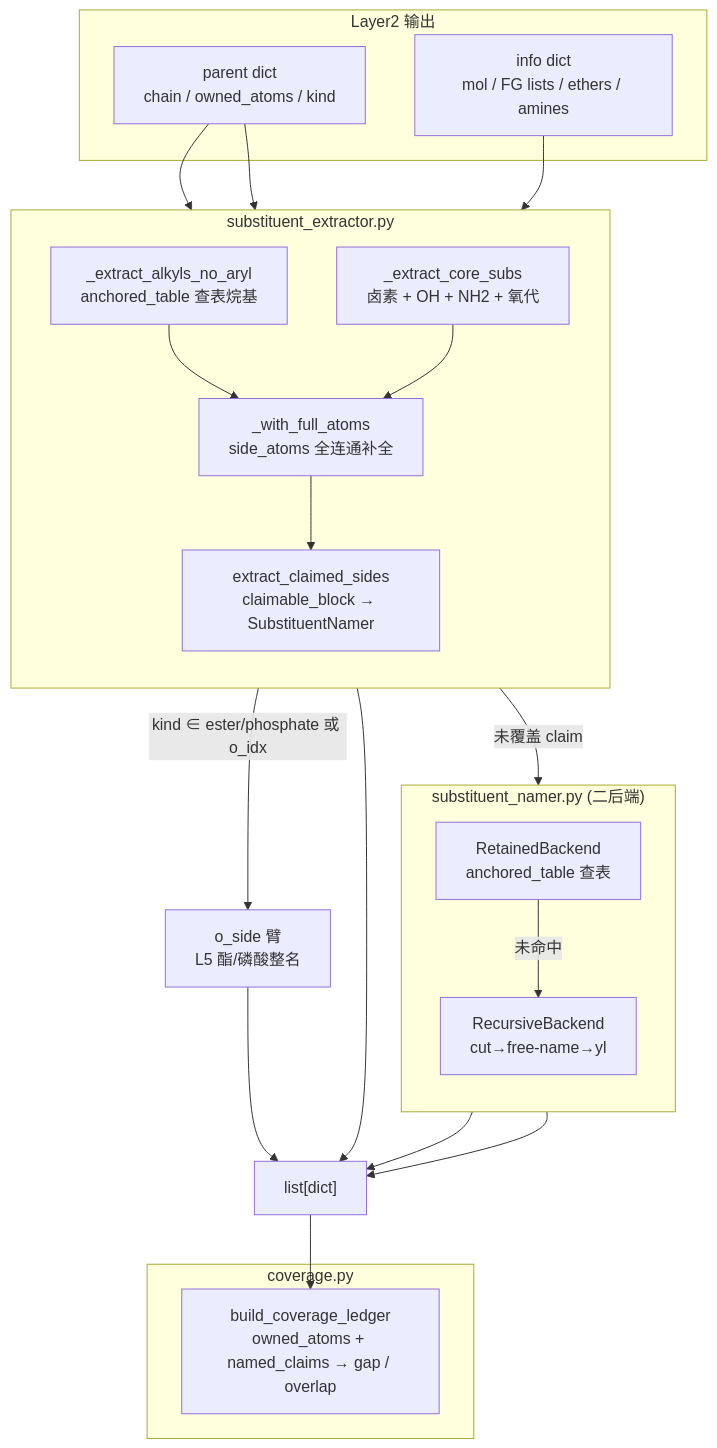
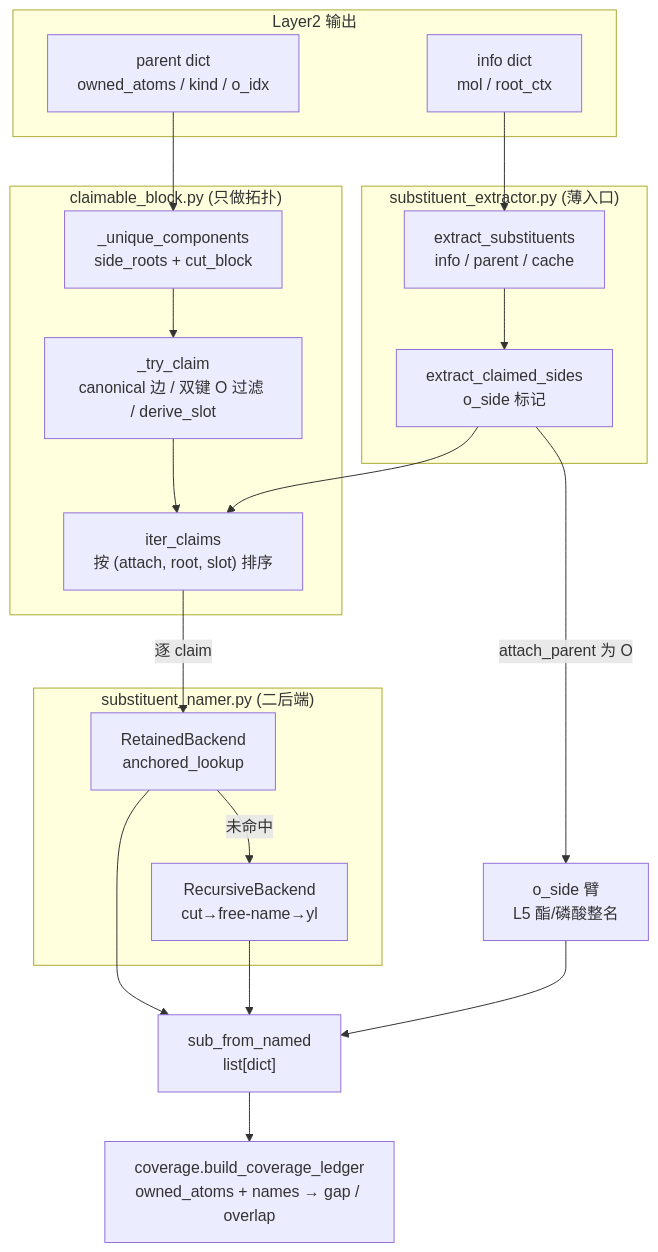
Before and after one commit to zouxiaofei1/OpenSMILES: the first of 2 diagrams in docs/wiki/architecture/layer3-substituents.md, drawn with Mermaid. The commit also changed other lines of this file and 18 other files, not shown here.

````diff
--- a/docs/wiki/architecture/layer3-substituents.md
+++ b/docs/wiki/architecture/layer3-substituents.md
@@ -137,43 +129,39 @@
 ```mermaid
 flowchart TD
     subgraph L2["Layer2 输出"]
-        PARENT["parent dict<br/>chain / owned_atoms / kind"]
-        INFO["info dict<br/>mol / FG lists / ethers / amines"]
+        PARENT["parent dict<br/>owned_atoms / kind / o_idx"]
+        INFO["info dict<br/>mol / root_ctx"]
     end
 
-    subgraph EXTRACT["substituent_extractor.py"]
-        direction TB
-        CORE["_extract_core_subs<br/>卤素 + OH + NH2 + 氧代"]
-        ALKYL["_extract_alkyls_no_aryl<br/>anchored_table 查表烷基"]
-        FULL["_with_full_atoms<br/>side_atoms 全连通补全"]
-        CLAIM["extract_claimed_sides<br/>claimable_block → SubstituentNamer"]
+    subgraph EXTRACT["substituent_extractor.py (薄入口)"]
+        ENTRY["extract_substituents<br/>info / parent / cache"]
+        CLAIMSIDE["extract_claimed_sides<br/>o_side 标记"]
+    end
+
+    subgraph BLOCK["claimable_block.py (只做拓扑)"]
+        COMP["_unique_components<br/>side_roots + cut_block"]
+        TRY["_try_claim<br/>canonical 边 / 双键 O 过滤 / derive_slot"]
+        ITER["iter_claims<br/>按 (attach, root, slot) 排序"]
     end
 
     subgraph NAMER["substituent_namer.py (二后端)"]
-        direction TB
-        RETAINED["RetainedBackend<br/>anchored_table 查表"]
+        RETAINED["RetainedBackend<br/>anchored_lookup"]
         RECURSE["RecursiveBackend<br/>cut→free-name→yl"]
     end
 
-    subgraph LEDGER["coverage.py"]
-        BUILD["build_coverage_ledger<br/>owned_atoms + named_claims → gap / overlap"]
-    end
+    LEDGER["coverage.build_coverage_ledger<br/>owned_atoms + names → gap / overlap"]
 
-    PARENT --> CORE
-    INFO --> CORE
-    PARENT --> ALKYL
-    ALKYL --> FULL
-    CORE --> FULL
-
-    FULL --> CLAIM
-    CLAIM -- "未覆盖 claim" --> RETAINED
+    INFO --> ENTRY
+    ENTRY --> CLAIMSIDE
+    PARENT --> COMP
+    COMP --> TRY
+    TRY --> ITER
+    CLAIMSIDE --> ITER
+    ITER -- "逐 claim" --> RETAINED
     RETAINED -- "未命中" --> RECURSE
-    CLAIM -- "kind ∈ ester/phosphate 或 o_idx" --> OSIDE["o_side 臂<br/>L5 酯/磷酸整名"]
-
-    RETAINED --> SUBST["list[dict]"]
+    CLAIMSIDE -- "attach_parent 为 O" --> OSIDE["o_side 臂<br/>L5 酯/磷酸整名"]
+    RETAINED --> SUBST["sub_from_named<br/>list[dict]"]
     RECURSE --> SUBST
-    CLAIM --> SUBST
     OSIDE --> SUBST
-
-    SUBST --> BUILD
+    SUBST --> LEDGER
 ```
````
